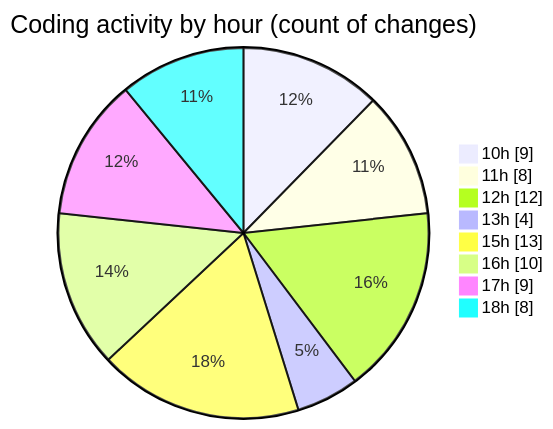
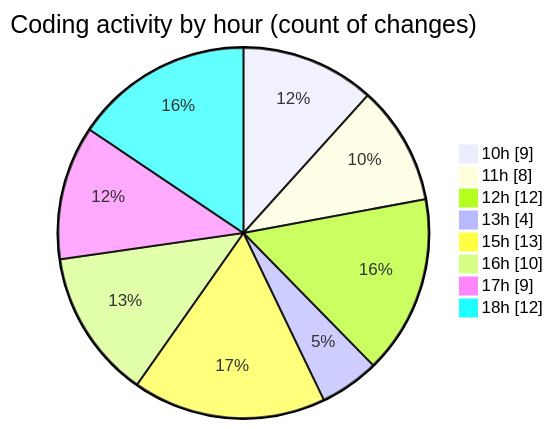
The second of 2 diagrams in 2026-04-16/airfeed-analytics-dashboard/README.md (nxtqubesakshisongat/code-tracking), drawn with Mermaid before and after one commit. The commit also changed other lines of this file and 1 other file, not shown here.

````diff
--- a/2026-04-16/airfeed-analytics-dashboard/README.md
+++ b/2026-04-16/airfeed-analytics-dashboard/README.md
@@ -42,12 +42,12 @@
 ```mermaid
 pie showData
 title Coding activity by hour (count of changes)
 "10h" : 9
 "11h" : 8
 "12h" : 12
 "13h" : 4
 "15h" : 13
 "16h" : 10
 "17h" : 9
-"18h" : 8
+"18h" : 12
 ```
````
